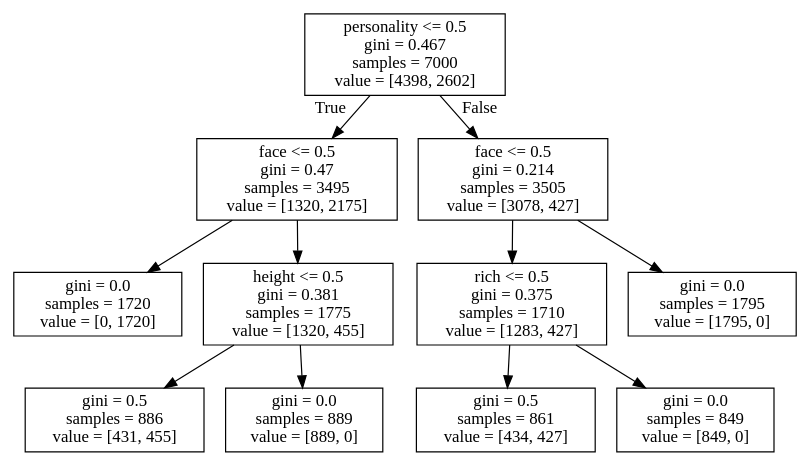
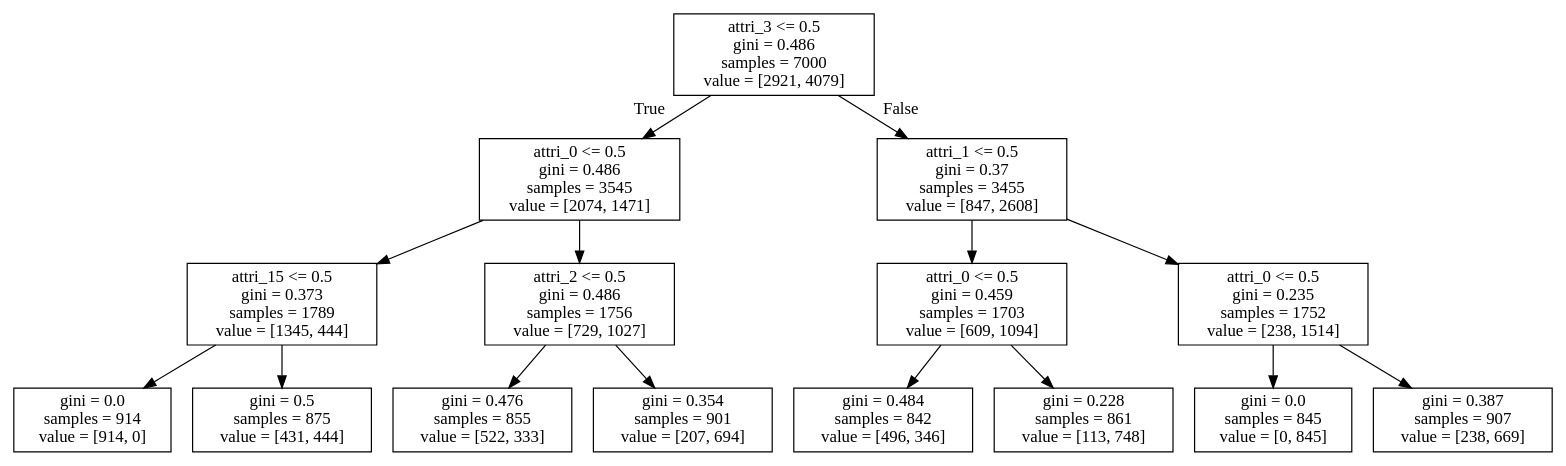
The diagram in Decision_Tree/models/decision_tree_depth3.dot (ElektrischesSchaf/Data_Mining_2019_Projects), drawn with Graphviz before and after one commit. The commit also changed 5 other files, not shown here.

```diff
--- a/Decision_Tree/models/decision_tree_depth3.dot
+++ b/Decision_Tree/models/decision_tree_depth3.dot
@@ -1,24 +1,32 @@
 digraph Tree {
 node [shape=box] ;
-0 [label="personality <= 0.5\ngini = 0.467\nsamples = 7000\nvalue = [4398, 2602]"] ;
-1 [label="face <= 0.5\ngini = 0.47\nsamples = 3495\nvalue = [1320, 2175]"] ;
+0 [label="attri_3 <= 0.5\ngini = 0.486\nsamples = 7000\nvalue = [2921, 4079]"] ;
+1 [label="attri_0 <= 0.5\ngini = 0.486\nsamples = 3545\nvalue = [2074, 1471]"] ;
 0 -> 1 [labeldistance=2.5, labelangle=45, headlabel="True"] ;
-2 [label="gini = 0.0\nsamples = 1720\nvalue = [0, 1720]"] ;
+2 [label="attri_15 <= 0.5\ngini = 0.373\nsamples = 1789\nvalue = [1345, 444]"] ;
 1 -> 2 ;
-3 [label="height <= 0.5\ngini = 0.381\nsamples = 1775\nvalue = [1320, 455]"] ;
-1 -> 3 ;
-4 [label="gini = 0.5\nsamples = 886\nvalue = [431, 455]"] ;
-3 -> 4 ;
-5 [label="gini = 0.0\nsamples = 889\nvalue = [889, 0]"] ;
-3 -> 5 ;
-6 [label="face <= 0.5\ngini = 0.214\nsamples = 3505\nvalue = [3078, 427]"] ;
-0 -> 6 [labeldistance=2.5, labelangle=-45, headlabel="False"] ;
-7 [label="rich <= 0.5\ngini = 0.375\nsamples = 1710\nvalue = [1283, 427]"] ;
-6 -> 7 ;
-8 [label="gini = 0.5\nsamples = 861\nvalue = [434, 427]"] ;
-7 -> 8 ;
-9 [label="gini = 0.0\nsamples = 849\nvalue = [849, 0]"] ;
-7 -> 9 ;
-10 [label="gini = 0.0\nsamples = 1795\nvalue = [1795, 0]"] ;
-6 -> 10 ;
+3 [label="gini = 0.0\nsamples = 914\nvalue = [914, 0]"] ;
+2 -> 3 ;
+4 [label="gini = 0.5\nsamples = 875\nvalue = [431, 444]"] ;
+2 -> 4 ;
+5 [label="attri_2 <= 0.5\ngini = 0.486\nsamples = 1756\nvalue = [729, 1027]"] ;
+1 -> 5 ;
+6 [label="gini = 0.476\nsamples = 855\nvalue = [522, 333]"] ;
+5 -> 6 ;
+7 [label="gini = 0.354\nsamples = 901\nvalue = [207, 694]"] ;
+5 -> 7 ;
+8 [label="attri_1 <= 0.5\ngini = 0.37\nsamples = 3455\nvalue = [847, 2608]"] ;
+0 -> 8 [labeldistance=2.5, labelangle=-45, headlabel="False"] ;
+9 [label="attri_0 <= 0.5\ngini = 0.459\nsamples = 1703\nvalue = [609, 1094]"] ;
+8 -> 9 ;
+10 [label="gini = 0.484\nsamples = 842\nvalue = [496, 346]"] ;
+9 -> 10 ;
+11 [label="gini = 0.228\nsamples = 861\nvalue = [113, 748]"] ;
+9 -> 11 ;
+12 [label="attri_0 <= 0.5\ngini = 0.235\nsamples = 1752\nvalue = [238, 1514]"] ;
+8 -> 12 ;
+13 [label="gini = 0.0\nsamples = 845\nvalue = [0, 845]"] ;
+12 -> 13 ;
+14 [label="gini = 0.387\nsamples = 907\nvalue = [238, 669]"] ;
+12 -> 14 ;
 }
```
